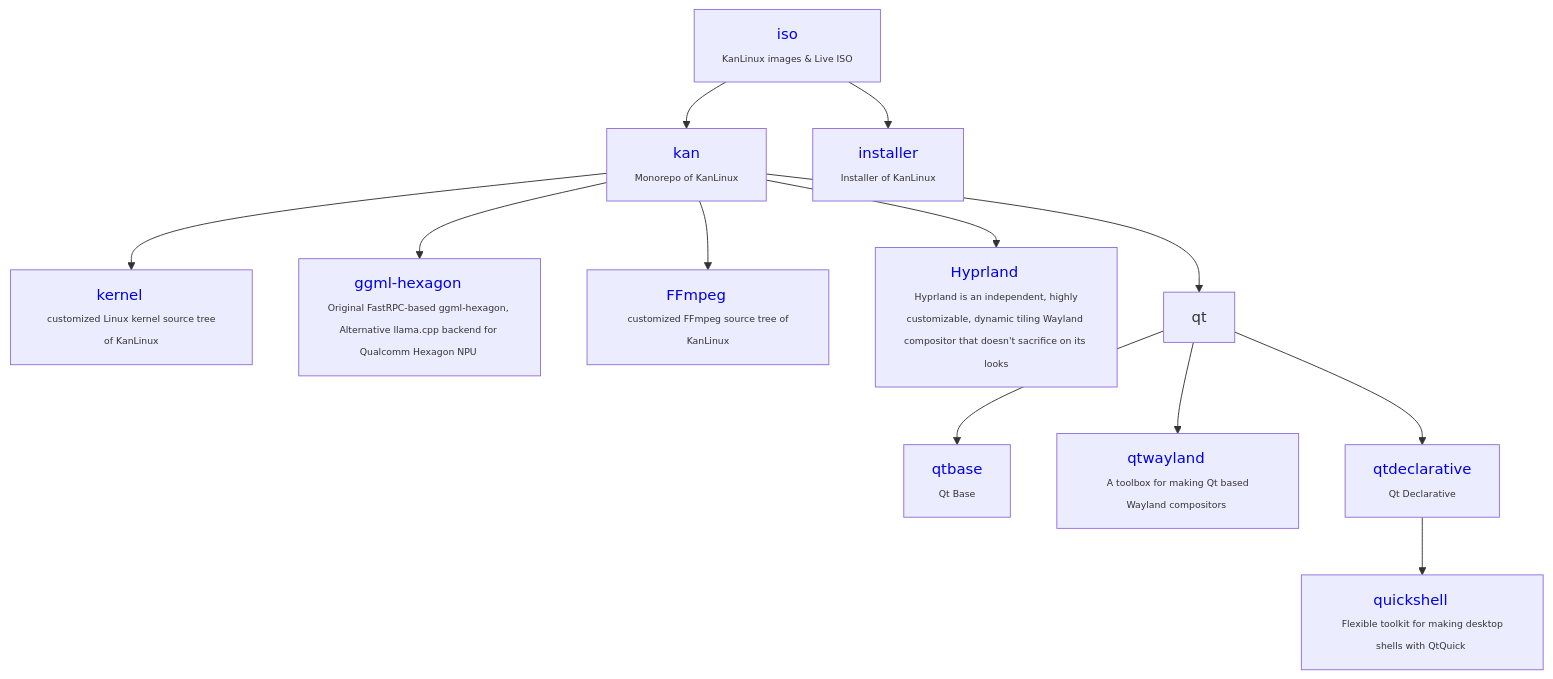
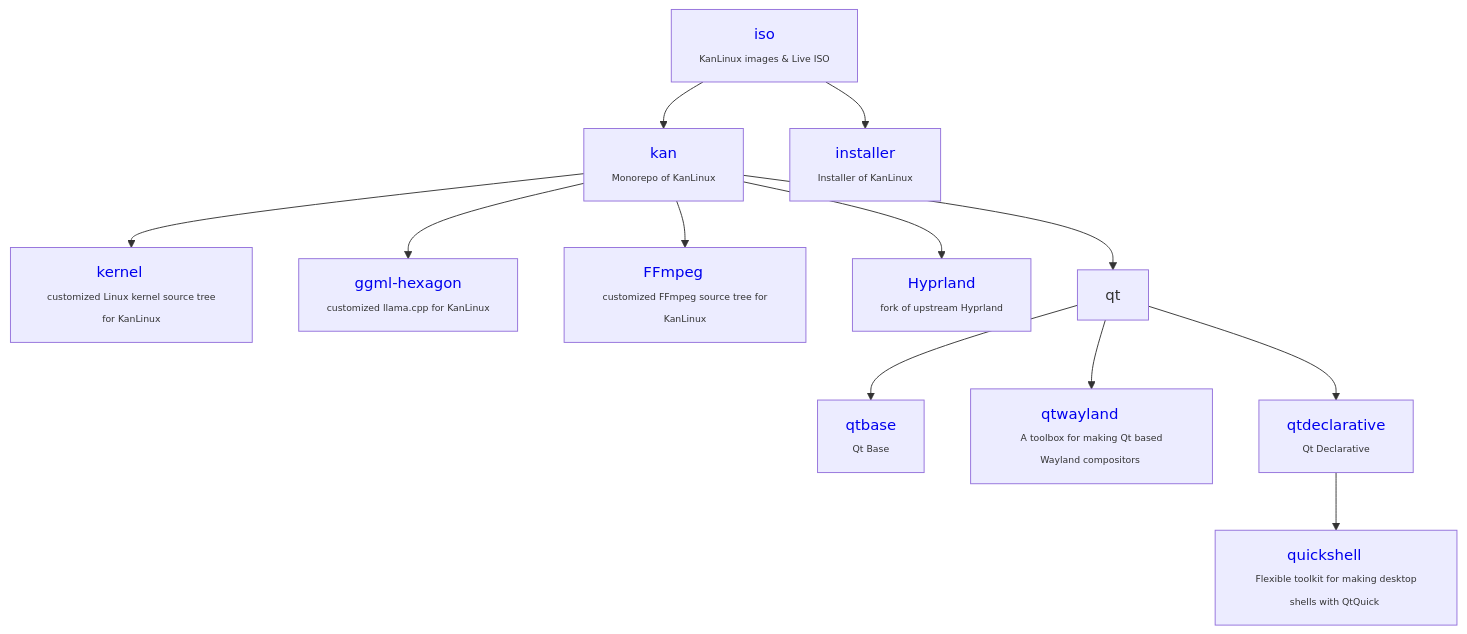
The diagram in profile/README.md (kan-linux/.github), drawn with Mermaid before and after one commit.

Commit message:
Update descriptions for KanLinux projects in README

````diff
--- a/profile/README.md
+++ b/profile/README.md
@@ -11,53 +11,53 @@
 ```mermaid
 
 graph TD;
 iso --> kan
 iso --> installer
 
 kan --> kernel
 kan --> ggml-hexagon
 kan --> FFmpeg
 kan --> Hyprland
 kan --> qt
 
 
 qt --> qtbase
 qt --> qtwayland
 qt --> qtdeclarative
 
 qtdeclarative --> quickshell
 
 
 iso[<a href="https://github.com/kan-linux/iso"                       style="text-decoration:none;">iso</a>            <br><span style="font-size:10px;">KanLinux images & Live ISO</span>];
 kan[<a href="https://github.com/kan-linux/kan"         style="text-decoration:none;">kan</a>     <br><span style="font-size:10px;">Monorepo of KanLinux</span>];
 
 installer[<a href="https://github.com/kan-linux/installer"         style="text-decoration:none;">installer</a>     <br><span style="font-size:10px;">Installer of KanLinux</span>];
 
 
 
-kernel[<a href="https://github.com/kan-linux/kernel"         style="text-decoration:none;">kernel</a>     <br><span style="font-size:10px;"> customized Linux kernel source tree of KanLinux</span>];
+kernel[<a href="https://github.com/kan-linux/kernel"         style="text-decoration:none;">kernel</a>     <br><span style="font-size:10px;"> customized Linux kernel source tree for KanLinux</span>];
 
 
-ggml-hexagon[<a href="https://github.com/kan-linux/ggml-hexagon/discussions/84"         style="text-decoration:none;">ggml-hexagon</a>     <br><span style="font-size:10px;">Original FastRPC-based ggml-hexagon, Alternative llama.cpp backend for Qualcomm Hexagon NPU </span>];
+ggml-hexagon[<a href="https://github.com/kan-linux/ggml-hexagon/discussions/84"         style="text-decoration:none;">ggml-hexagon</a>     <br><span style="font-size:10px;"> customized llama.cpp for KanLinux</span>];
 
 
 
-FFmpeg[<a href="https://github.com/kan-linux/ffmpeg"         style="text-decoration:none;">FFmpeg</a>     <br><span style="font-size:10px;"> customized FFmpeg source tree of KanLinux</span>];
+FFmpeg[<a href="https://github.com/kan-linux/ffmpeg"         style="text-decoration:none;">FFmpeg</a>     <br><span style="font-size:10px;"> customized FFmpeg source tree for KanLinux</span>];
 
 
-Hyprland[<a href="https://github.com/kan-linux/Hyprland"         style="text-decoration:none;">Hyprland</a>     <br><span style="font-size:10px;"> Hyprland is an independent, highly customizable, dynamic tiling Wayland compositor that doesn't sacrifice on its looks</span>];
+Hyprland[<a href="https://github.com/kan-linux/Hyprland"         style="text-decoration:none;">Hyprland</a>     <br><span style="font-size:10px;"> fork of upstream Hyprland </span>];
 
 
 qtbase[<a href="https://github.com/kan-linux/qtbase"         style="text-decoration:none;">qtbase</a>     <br><span style="font-size:10px;"> Qt Base </span>];
 
 
 
 qtwayland[<a href="https://github.com/kan-linux/qtwayland"         style="text-decoration:none;">qtwayland</a>     <br><span style="font-size:10px;"> A toolbox for making Qt based Wayland compositors </span>];
 
 qtdeclarative[<a href="https://github.com/kan-linux/qtdeclarative"         style="text-decoration:none;">qtdeclarative</a>     <br><span style="font-size:10px;"> Qt Declarative </span>];
 
 
 
 quickshell[<a href="https://github.com/kan-linux/quickshell"         style="text-decoration:none;">quickshell</a>     <br><span style="font-size:10px;"> Flexible toolkit for making desktop shells with QtQuick </span>];
 
 ```
````
